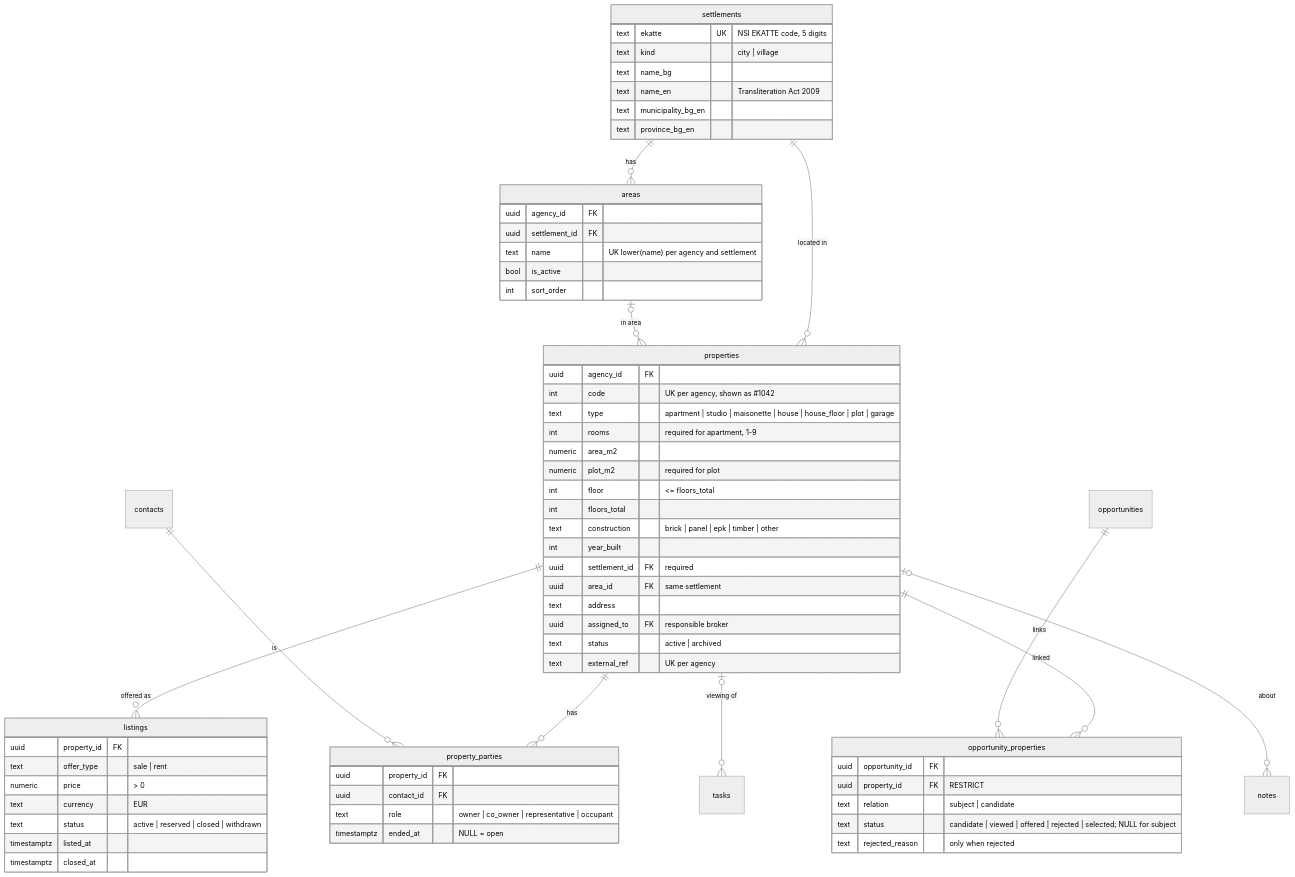
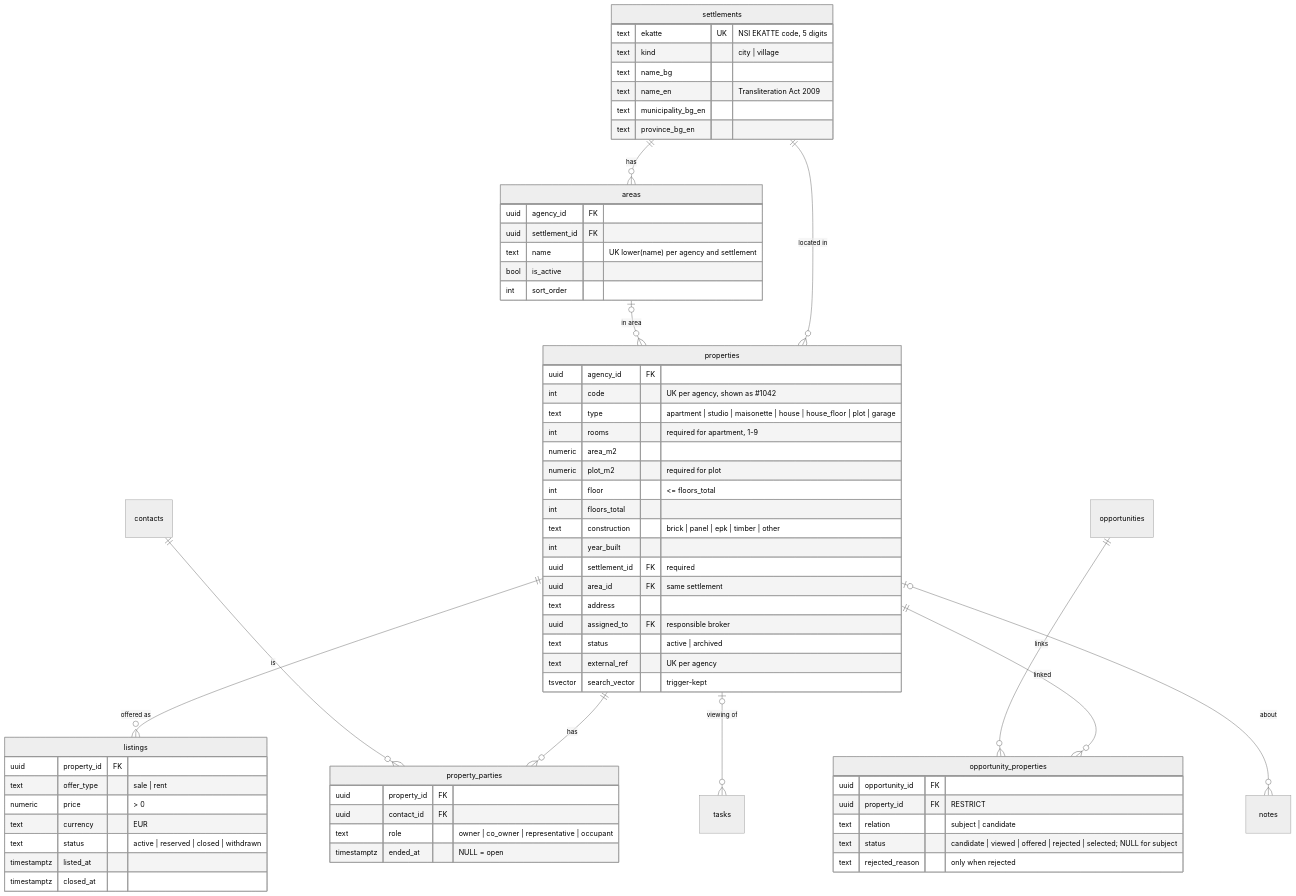
The eighth of 14 diagrams in docs/domain-model.md (dreaminglory/retail_broker_CRM), drawn with Mermaid (neutral theme) before and after one commit. The commit also changed other lines of this file and 12 other files, not shown here.

````diff
--- a/docs/domain-model.md
+++ b/docs/domain-model.md
@@ -321,69 +321,70 @@
 ```mermaid
 erDiagram
   settlements ||--o{ areas : "has"
   settlements ||--o{ properties : "located in"
   areas |o--o{ properties : "in area"
   properties ||--o{ listings : "offered as"
   properties ||--o{ property_parties : "has"
   contacts ||--o{ property_parties : "is"
   properties ||--o{ opportunity_properties : "linked"
   opportunities ||--o{ opportunity_properties : "links"
   properties |o--o{ tasks : "viewing of"
   properties |o--o{ notes : "about"
 
   settlements {
     text ekatte UK "NSI EKATTE code, 5 digits"
     text kind "city | village"
     text name_bg
     text name_en "Transliteration Act 2009"
     text municipality_bg_en
     text province_bg_en
   }
   areas {
     uuid agency_id FK
     uuid settlement_id FK
     text name "UK lower(name) per agency and settlement"
     bool is_active
     int sort_order
   }
   properties {
     uuid agency_id FK
     int code "UK per agency, shown as #1042"
     text type "apartment | studio | maisonette | house | house_floor | plot | garage"
     int rooms "required for apartment, 1-9"
     numeric area_m2
     numeric plot_m2 "required for plot"
     int floor "<= floors_total"
     int floors_total
     text construction "brick | panel | epk | timber | other"
     int year_built
     uuid settlement_id FK "required"
     uuid area_id FK "same settlement"
     text address
     uuid assigned_to FK "responsible broker"
     text status "active | archived"
     text external_ref "UK per agency"
+    tsvector search_vector "trigger-kept"
   }
   listings {
     uuid property_id FK
     text offer_type "sale | rent"
     numeric price "> 0"
     text currency "EUR"
     text status "active | reserved | closed | withdrawn"
     timestamptz listed_at
     timestamptz closed_at
   }
   property_parties {
     uuid property_id FK
     uuid contact_id FK
     text role "owner | co_owner | representative | occupant"
     timestamptz ended_at "NULL = open"
   }
   opportunity_properties {
     uuid opportunity_id FK
     uuid property_id FK "RESTRICT"
     text relation "subject | candidate"
     text status "candidate | viewed | offered | rejected | selected; NULL for subject"
     text rejected_reason "only when rejected"
   }
 ```
````
